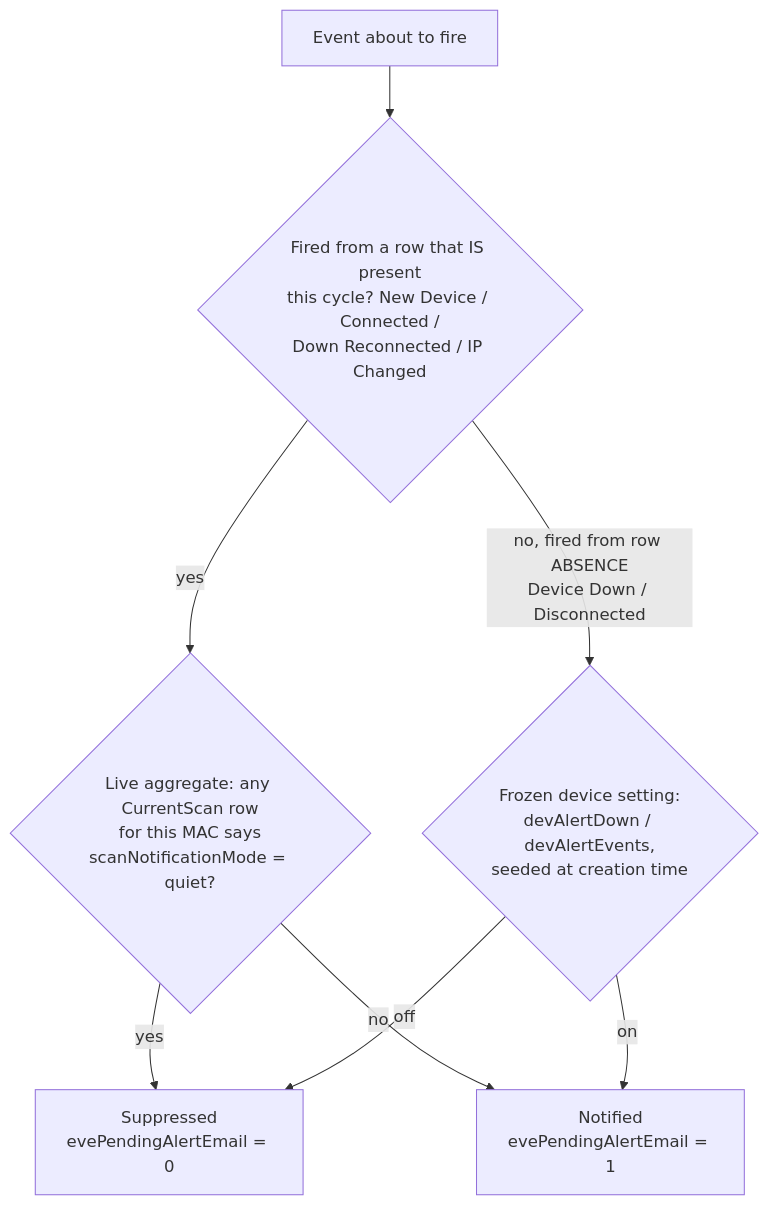
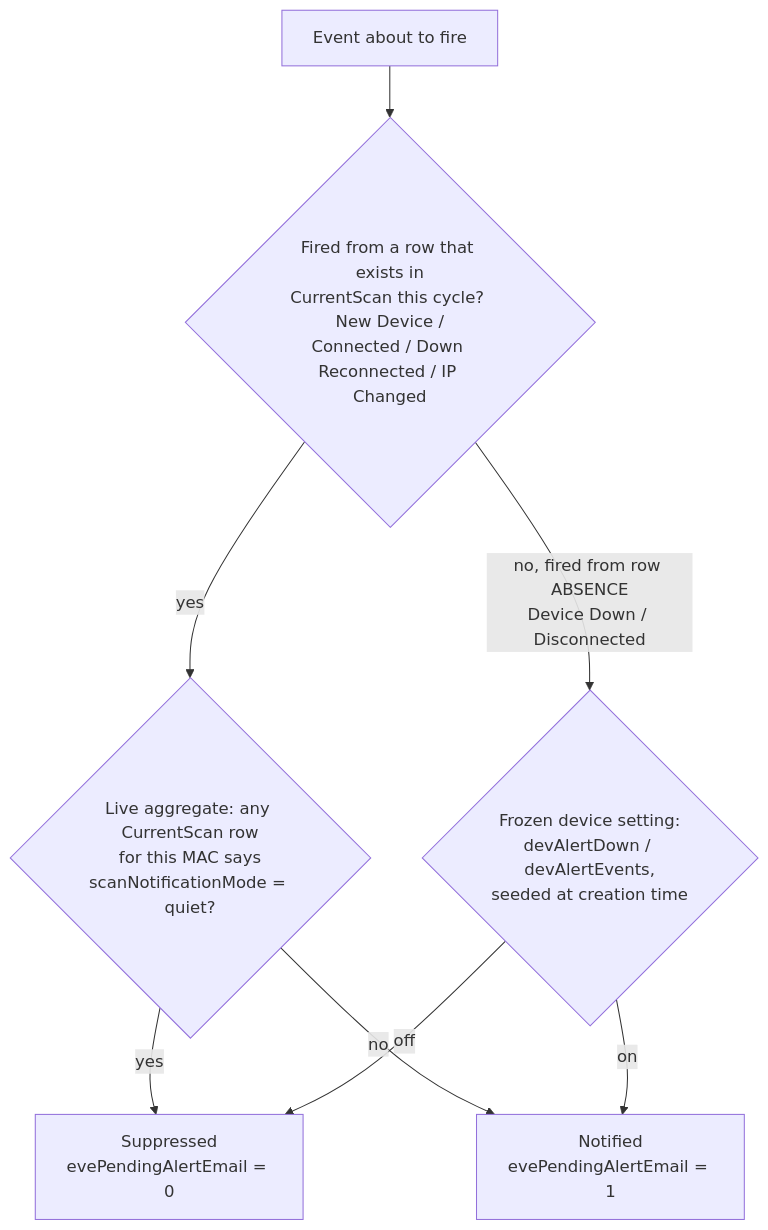
Before and after one commit to bryanwills/NetAlertX: the second of 2 diagrams in docs/PLUGINS_DEV_DATA_CONTRACT.md, drawn with Mermaid. The commit also changed other lines of this file, not shown here.

Commit message:
BE: conditional device import support, notification supression support during scan #1721

````diff
--- a/docs/PLUGINS_DEV_DATA_CONTRACT.md
+++ b/docs/PLUGINS_DEV_DATA_CONTRACT.md
@@ -206,10 +206,10 @@
 ```mermaid
 flowchart TD
-    A[Event about to fire] --> B{Fired from a row that IS present<br/>this cycle? New Device / Connected /<br/>Down Reconnected / IP Changed}
+    A[Event about to fire] --> B{Fired from a row that exists in<br/>CurrentScan this cycle? New Device /<br/>Connected / Down Reconnected / IP Changed}
     B -- yes --> C{Live aggregate: any CurrentScan row<br/>for this MAC says<br/>scanNotificationMode = quiet?}
     C -- yes --> S[Suppressed<br/>evePendingAlertEmail = 0]
     C -- no --> N[Notified<br/>evePendingAlertEmail = 1]
     B -- no, fired from row ABSENCE<br/>Device Down / Disconnected --> D{Frozen device setting:<br/>devAlertDown / devAlertEvents,<br/>seeded at creation time}
     D -- off --> S
     D -- on --> N
 ```
````
